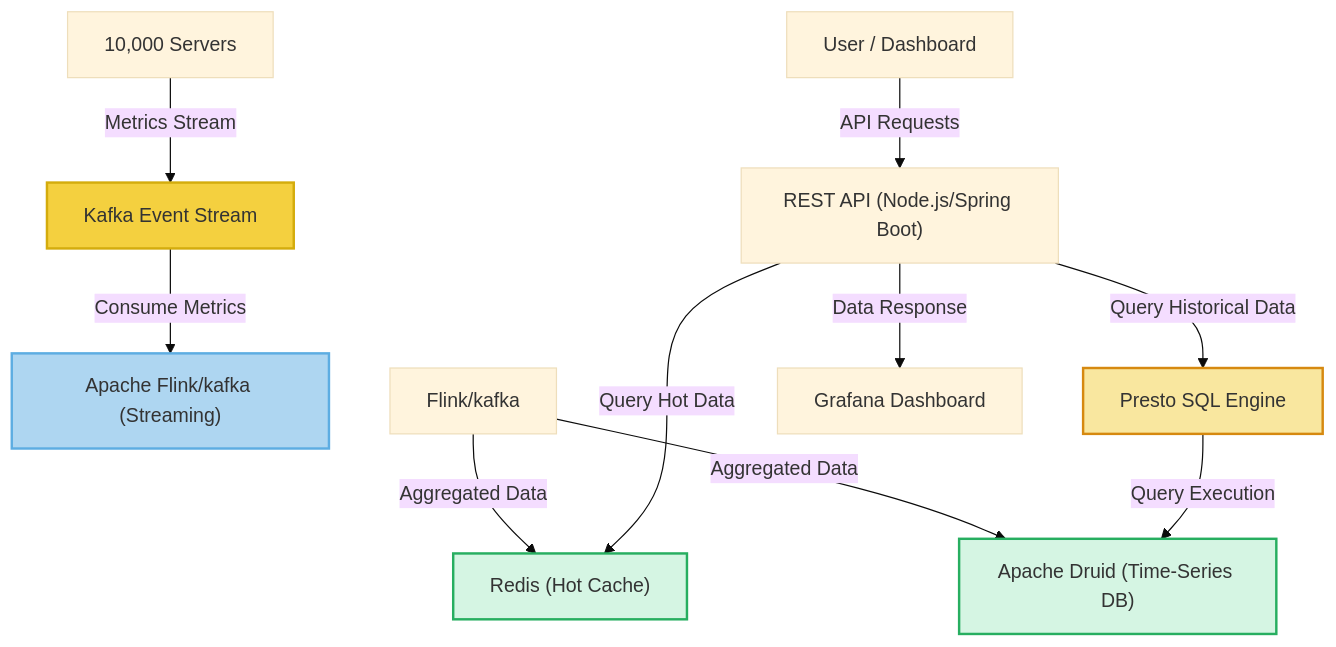
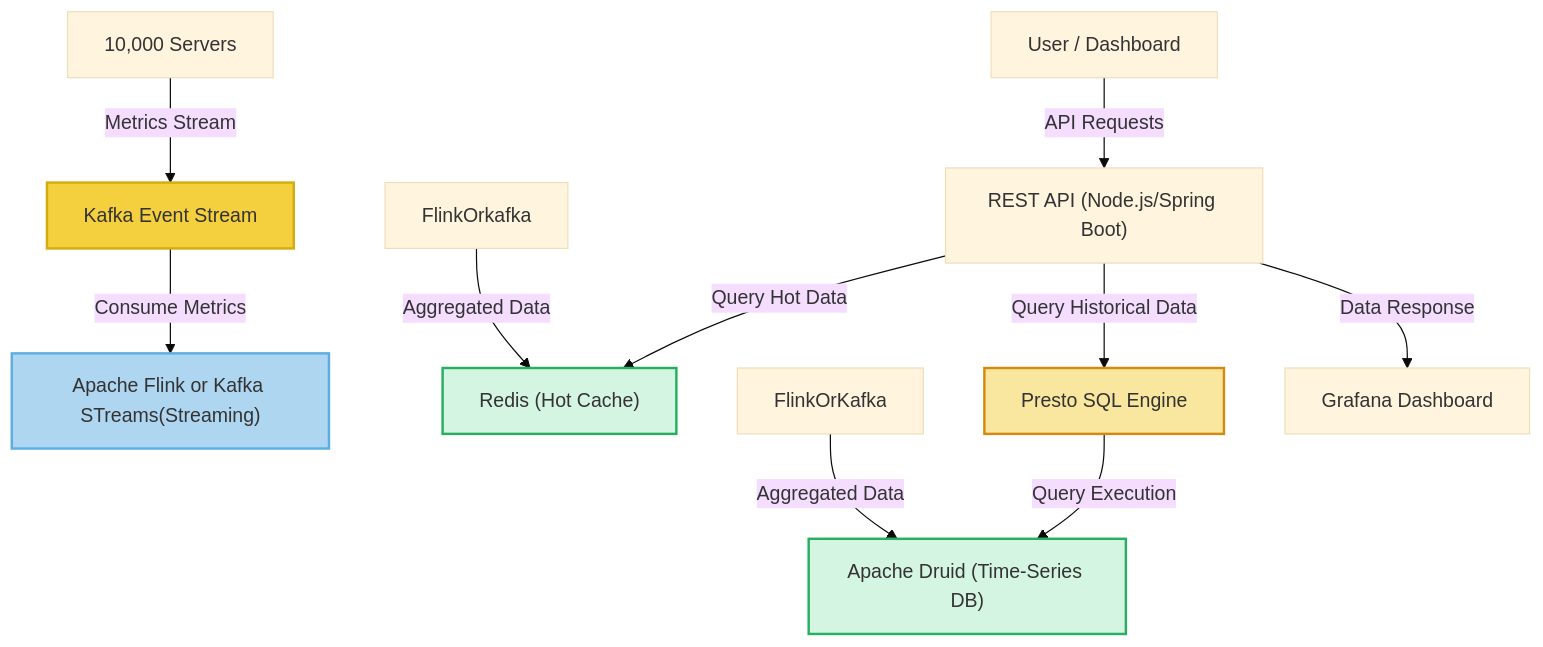
One commit to deveshyadav/algos changed the diagram in system-designs/templates/DatadogDesign.md. Above: the diagram before and after it, drawn with Mermaid (base theme).

````diff
--- a/system-designs/templates/DatadogDesign.md
+++ b/system-designs/templates/DatadogDesign.md
@@ -117,30 +117,30 @@
 ```mermaid
 graph TD;
     %% Ingestion Layer
     Servers["10,000 Servers"] -->|Metrics Stream| Kafka["Kafka Event Stream"]
 
     %% Processing Layer
-    Kafka -->|Consume Metrics| Flink["Apache Flink/kafka (Streaming)"]
-    Flink/kafka -->|Aggregated Data| Redis["Redis (Hot Cache)"]
-    Flink/kafka -->|Aggregated Data| Druid["Apache Druid (Time-Series DB)"]
+    Kafka -->|Consume Metrics| Flink["Apache Flink or Kafka STreams(Streaming)"]
+    FlinkOrkafka -->|Aggregated Data| Redis["Redis (Hot Cache)"]
+    FlinkOrKafka -->|Aggregated Data| Druid["Apache Druid (Time-Series DB)"]
 
     %% Query Layer
     User["User / Dashboard"] -->|API Requests| API["REST API (Node.js/Spring Boot)"]
     API -->|Query Hot Data| Redis
     API -->|Query Historical Data| Presto["Presto SQL Engine"]
     Presto -->|Query Execution| Druid
 
     %% Visualization
     API -->|Data Response| Grafana["Grafana Dashboard"]
 
     %% Legend
     classDef ingestion fill:#f4d03f,stroke:#d4ac0d,stroke-width:2px;
     classDef processing fill:#aed6f1,stroke:#5dade2,stroke-width:2px;
     classDef database fill:#d5f5e3,stroke:#27ae60,stroke-width:2px;
     classDef query fill:#f9e79f,stroke:#d68910,stroke-width:2px;
 
     class Kafka ingestion;
     class Flink processing;
     class Druid,Redis database;
     class Presto query;
 ```
````
